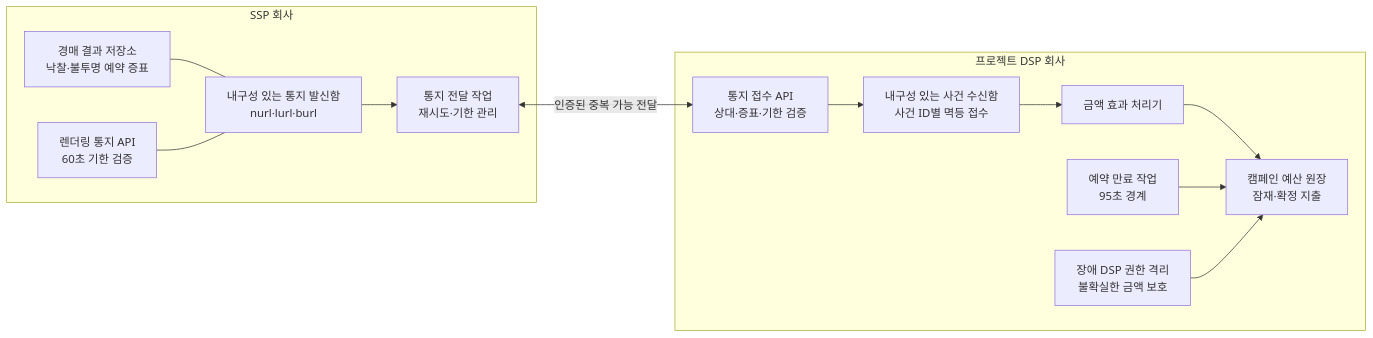
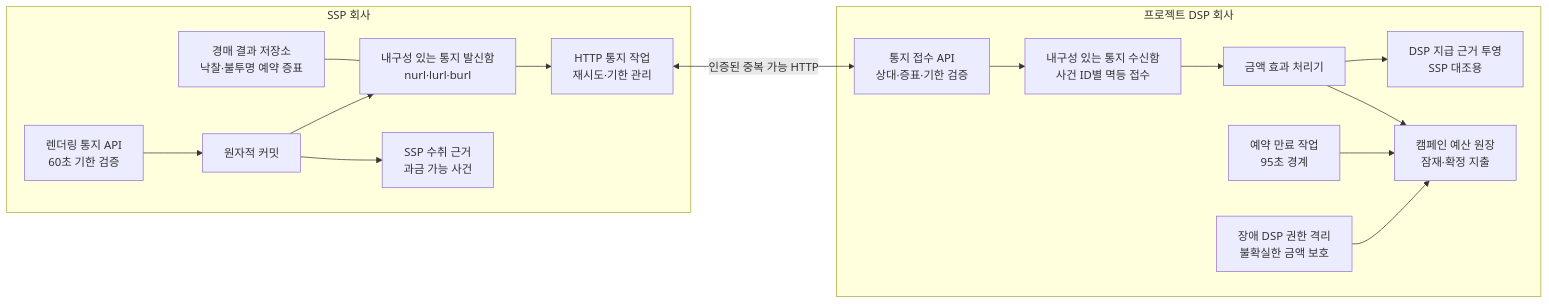
Before and after one commit to bbororo5/low-latency-openrtb-auction: the first of 2 diagrams in docs/architecture/decisions/ADR-005-durable-budget-events.md, drawn with Mermaid. The commit also changed other lines of this file, not shown here.

````diff
--- a/docs/architecture/decisions/ADR-005-durable-budget-events.md
+++ b/docs/architecture/decisions/ADR-005-durable-budget-events.md
@@ -22,28 +25,33 @@
 ```mermaid
 flowchart LR
     subgraph SSP["SSP 회사"]
         AUCTION["경매 결과 저장소<br/>낙찰·불투명 예약 증표"]
         RENDER["렌더링 통지 API<br/>60초 기한 검증"]
         OUTBOX["내구성 있는 통지 발신함<br/>nurl·lurl·burl"]
-        SENDER["통지 전달 작업<br/>재시도·기한 관리"]
+        RECEIVABLE["SSP 수취 근거<br/>과금 가능 사건"]
+        SENDER["HTTP 통지 작업<br/>재시도·기한 관리"]
         AUCTION --- OUTBOX
-        RENDER --- OUTBOX
+        RENDER --> TX["원자적 커밋"]
+        TX --> RECEIVABLE
+        TX --> OUTBOX
         OUTBOX --> SENDER
     end
 
     subgraph PDSP["프로젝트 DSP 회사"]
         API["통지 접수 API<br/>상대·증표·기한 검증"]
-        INBOX["내구성 있는 사건 수신함<br/>사건 ID별 멱등 접수"]
+        INBOX["내구성 있는 통지 수신함<br/>사건 ID별 멱등 접수"]
         APPLY["금액 효과 처리기"]
         LEDGER["캠페인 예산 원장<br/>잠재·확정 지출"]
+        PAYABLE["DSP 지급 근거 투영<br/>SSP 대조용"]
         EXPIRY["예약 만료 작업<br/>95초 경계"]
         QUARANTINE["장애 DSP 권한 격리<br/>불확실한 금액 보호"]
         API --> INBOX
         INBOX --> APPLY
         APPLY --> LEDGER
+        APPLY --> PAYABLE
         EXPIRY --> LEDGER
         QUARANTINE --> LEDGER
     end
 
-    SENDER <-->|"인증된 중복 가능 전달"| API
+    SENDER <-->|"인증된 중복 가능 HTTP"| API
 ```
````
